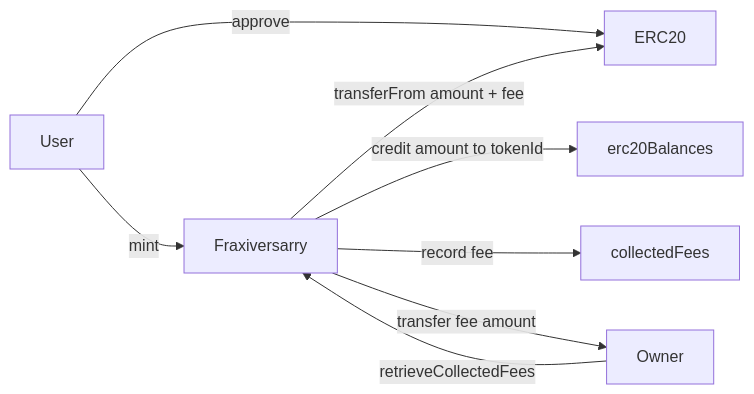
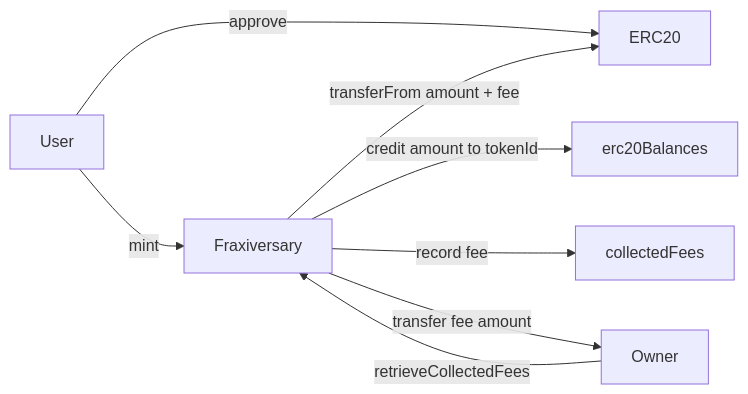
Before and after one commit to ThunderDeliverer/Fraxiversarry: the third of 7 diagrams in README.md, drawn with Mermaid. The commit also changed other lines of this file and 17 other files, not shown here.

Commit message:
Renamed Fraxiversarry to Fraxiversary (#13)

````diff
--- a/README.md
+++ b/README.md
@@ -203,10 +203,10 @@
 ```mermaid
 flowchart LR
   U[User] -->|approve| ERC20[ERC20]
-  U -->|mint| C[Fraxiversarry]
+  U -->|mint| C[Fraxiversary]
   C -->|transferFrom amount + fee| ERC20
   C -->|credit amount to tokenId| BAL[erc20Balances]
   C -->|record fee| FEES[collectedFees]
   O[Owner] -->|retrieveCollectedFees| C
   C -->|transfer fee amount| O
 ```
````
